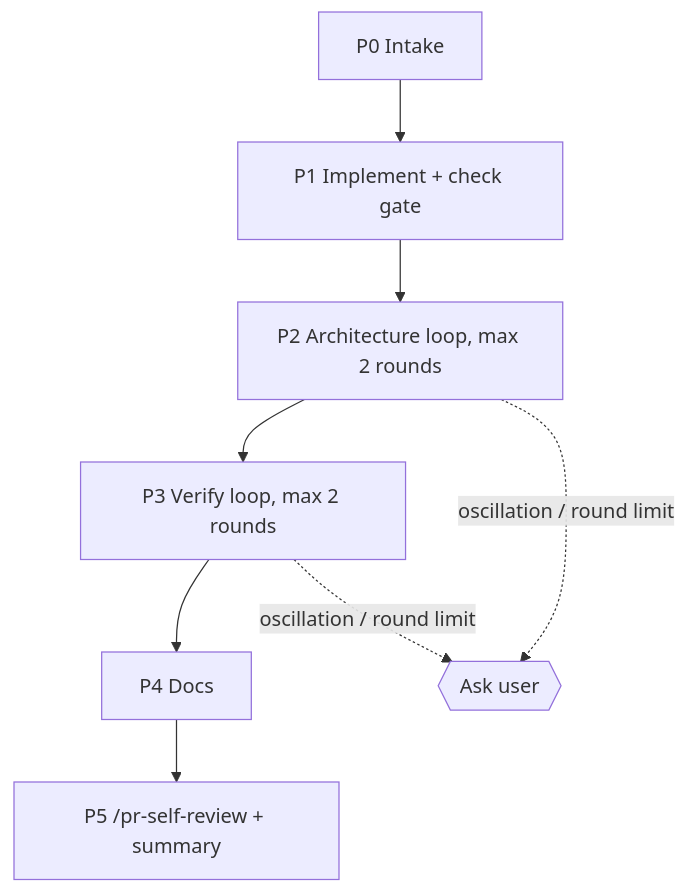
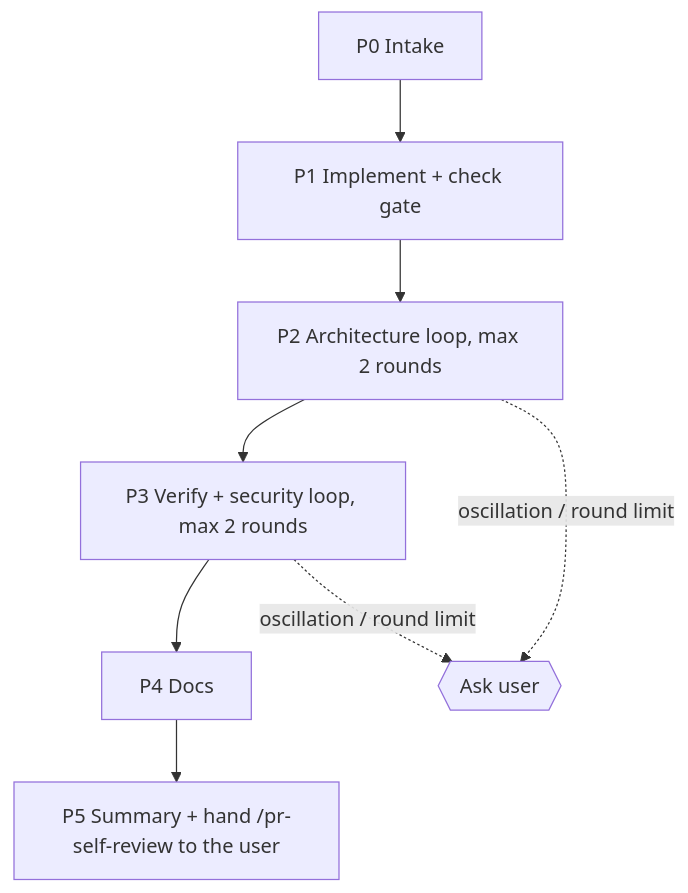
Before and after one commit to svetayefremova/dev-digest: the diagram in .claude/skills/run-plan/SKILL.md, drawn with Mermaid. The commit also changed other lines of this file and 11 other files, not shown here.

````diff
--- a/.claude/skills/run-plan/SKILL.md
+++ b/.claude/skills/run-plan/SKILL.md
@@ -14,10 +14,10 @@
 ```mermaid
 flowchart TD
   P0[P0 Intake] --> P1[P1 Implement + check gate]
   P1 --> P2[P2 Architecture loop, max 2 rounds]
-  P2 --> P3[P3 Verify loop, max 2 rounds]
+  P2 --> P3[P3 Verify + security loop, max 2 rounds]
   P3 --> P4[P4 Docs]
-  P4 --> P5[P5 /pr-self-review + summary]
+  P4 --> P5[P5 Summary + hand /pr-self-review to the user]
   P2 -. oscillation / round limit .-> U{{Ask user}}
   P3 -. oscillation / round limit .-> U
 ```
````
